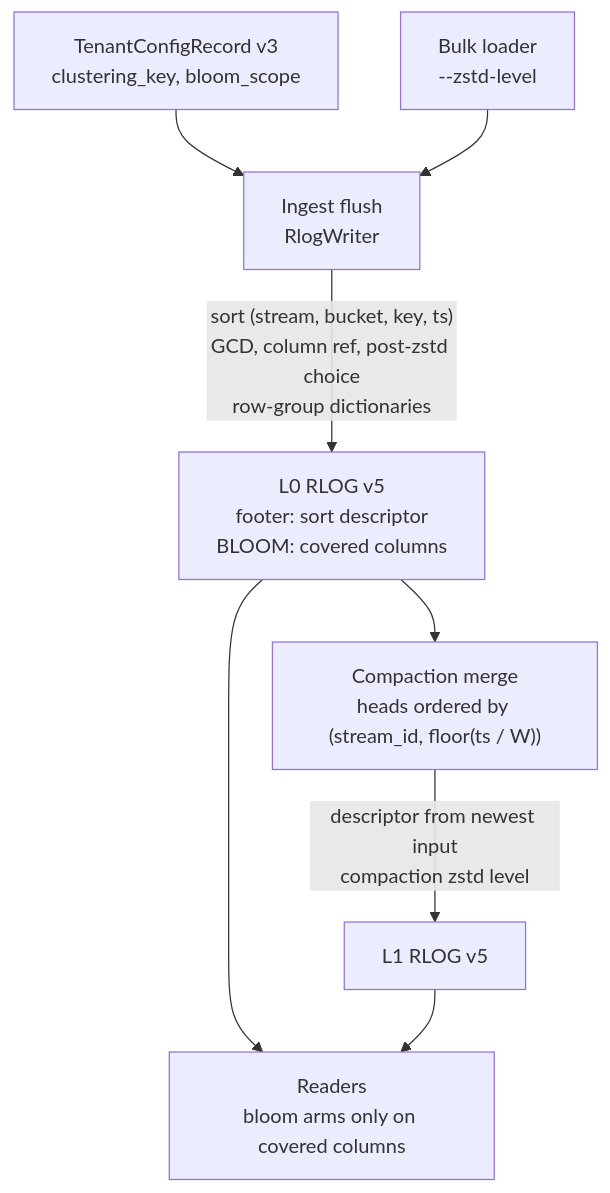
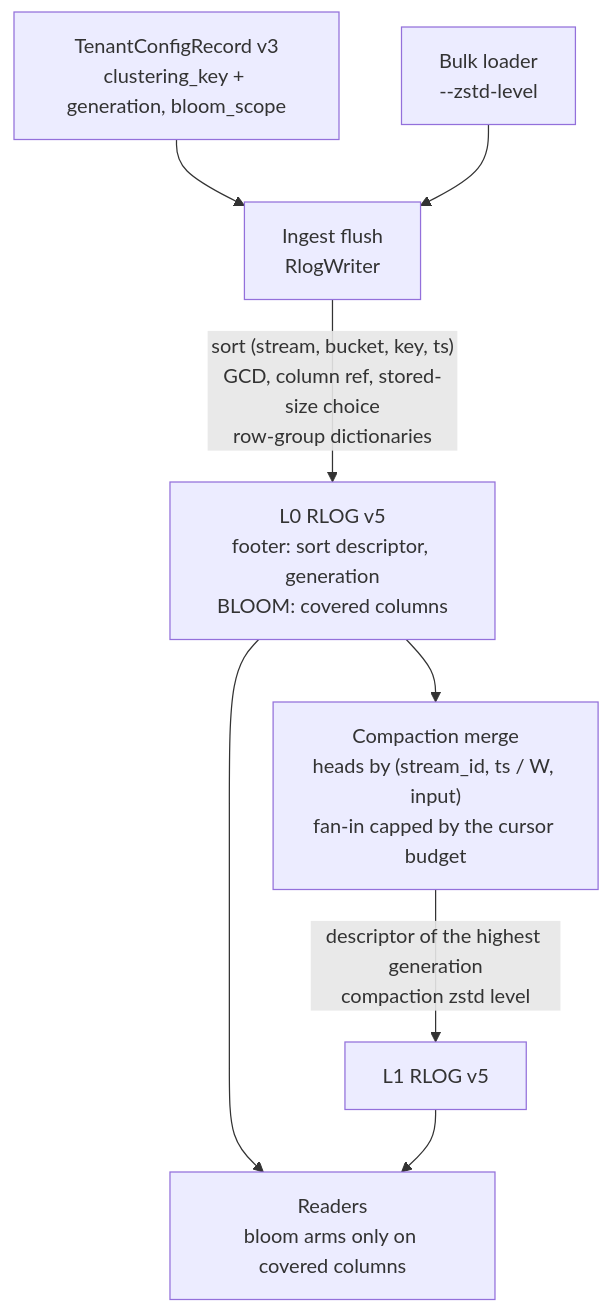
Before and after one commit to NOFireAI/ravel: the diagram in docs/adrs/2135-rlog-v5-storage-footprint.md, drawn with Mermaid. The commit also changed other lines of this file and 3 other files, not shown here.

````diff
--- a/docs/adrs/2135-rlog-v5-storage-footprint.md
+++ b/docs/adrs/2135-rlog-v5-storage-footprint.md
@@ -186,10 +242,10 @@
 ```mermaid
 flowchart TD
-    TC["TenantConfigRecord v3<br/>clustering_key, bloom_scope"] --> ING["Ingest flush<br/>RlogWriter"]
+    TC["TenantConfigRecord v3<br/>clustering_key + generation, bloom_scope"] --> ING["Ingest flush<br/>RlogWriter"]
     LD["Bulk loader<br/>--zstd-level"] --> ING
-    ING -->|"sort (stream, bucket, key, ts)<br/>GCD, column ref, post-zstd choice<br/>row-group dictionaries"| L0["L0 RLOG v5<br/>footer: sort descriptor<br/>BLOOM: covered columns"]
-    L0 --> CMP["Compaction merge<br/>heads ordered by (stream_id, floor(ts / W))"]
-    CMP -->|"descriptor from newest input<br/>compaction zstd level"| L1["L1 RLOG v5"]
+    ING -->|"sort (stream, bucket, key, ts)<br/>GCD, column ref, stored-size choice<br/>row-group dictionaries"| L0["L0 RLOG v5<br/>footer: sort descriptor, generation<br/>BLOOM: covered columns"]
+    L0 --> CMP["Compaction merge<br/>heads by (stream_id, ts / W, input)<br/>fan-in capped by the cursor budget"]
+    CMP -->|"descriptor of the highest generation<br/>compaction zstd level"| L1["L1 RLOG v5"]
     L0 --> RD["Readers<br/>bloom arms only on covered columns"]
     L1 --> RD
 ```
````
